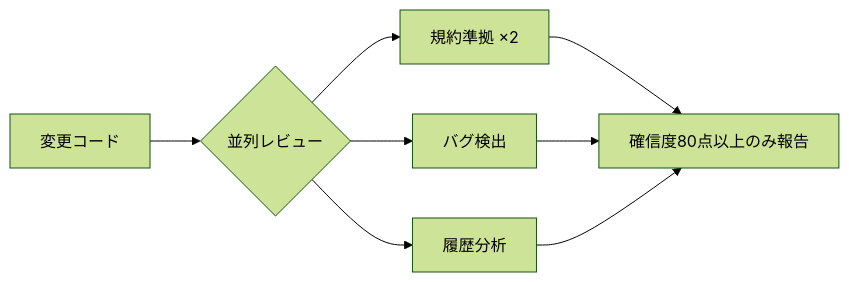
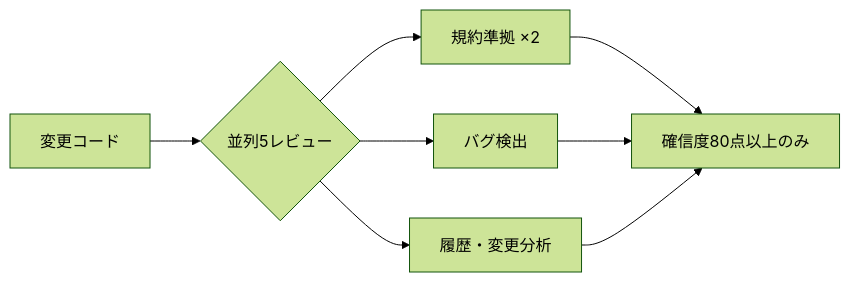
The first of 2 diagrams in outputs/2026-05-26_claude-code-skills-research-deploy.md (KazuyaMurayama/deep-research), drawn with Mermaid (forest theme) before and after one commit. The commit also changed other lines of this file, not shown here.

First line of the commit message:
fix: gstack評価結果を追加・Top7スロット6をWH-2099/mermaidに入替・ファクト修正2件

````diff
--- a/outputs/2026-05-26_claude-code-skills-research-deploy.md
+++ b/outputs/2026-05-26_claude-code-skills-research-deploy.md
@@ -89,10 +87,10 @@
 ```mermaid
 flowchart LR
-    A[変更コード] --> B{並列レビュー}
+    A[変更コード] --> B{並列5レビュー}
     B --> C[規約準拠 ×2]
     B --> D[バグ検出]
-    B --> E[履歴分析]
-    C --> F[確信度80点以上のみ報告]
+    B --> E[履歴・変更分析]
+    C --> F[確信度80点以上のみ]
     D --> F
     E --> F
 ```
````
